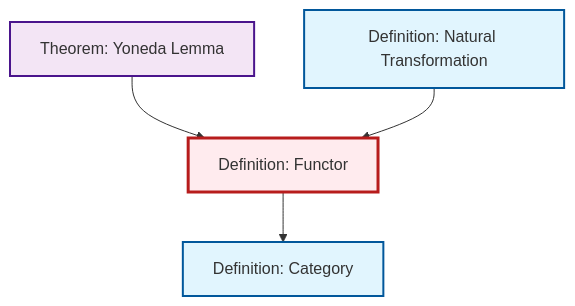
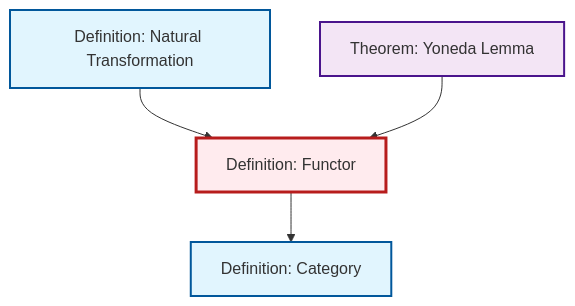
One commit to RK0429/ModernMath changed the diagram in content/en/category-theory/def-functor.qmd. Above: the diagram before and after it, drawn with Mermaid. The commit also changed other lines of this file and 417 other files, not shown here.

````diff
--- a/content/en/category-theory/def-functor.qmd
+++ b/content/en/category-theory/def-functor.qmd
@@ -48,20 +48,20 @@
 ```{mermaid}
 %%| fig-cap: "Local dependency graph"
 graph TD
     classDef definition fill:#e1f5fe,stroke:#01579b,stroke-width:2px
     classDef theorem fill:#f3e5f5,stroke:#4a148c,stroke-width:2px
     classDef axiom fill:#fff3e0,stroke:#e65100,stroke-width:2px
     classDef example fill:#e8f5e9,stroke:#1b5e20,stroke-width:2px
     classDef current fill:#ffebee,stroke:#b71c1c,stroke-width:3px
+    def-functor["Definition: Functor"]:::definition
+    def-category["Definition: Category"]:::definition
     thm-yoneda["Theorem: Yoneda Lemma"]:::theorem
     def-natural-transformation["Definition: Natural Transformation"]:::definition
-    def-category["Definition: Category"]:::definition
-    def-functor["Definition: Functor"]:::definition
+    def-functor --> def-category
+    def-natural-transformation --> def-functor
     thm-yoneda --> def-functor
-    def-natural-transformation --> def-functor
-    def-functor --> def-category
     class def-functor current
+    click def-category "def-category.html" "Go to Category definition"
     click thm-yoneda "thm-yoneda.html" "Go to Yoneda Lemma theorem"
     click def-natural-transformation "def-natural-transformation.html" "Go to Natural Transformation definition"
-    click def-category "def-category.html" "Go to Category definition"
 ```
````
